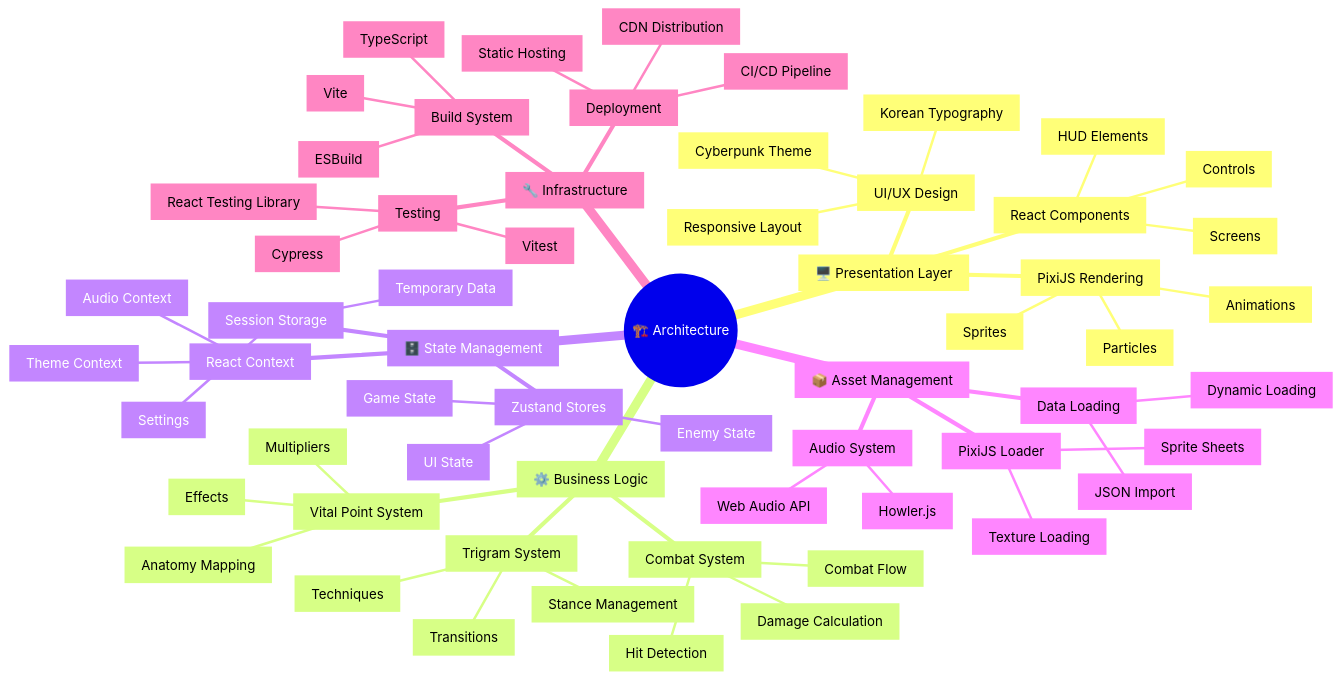
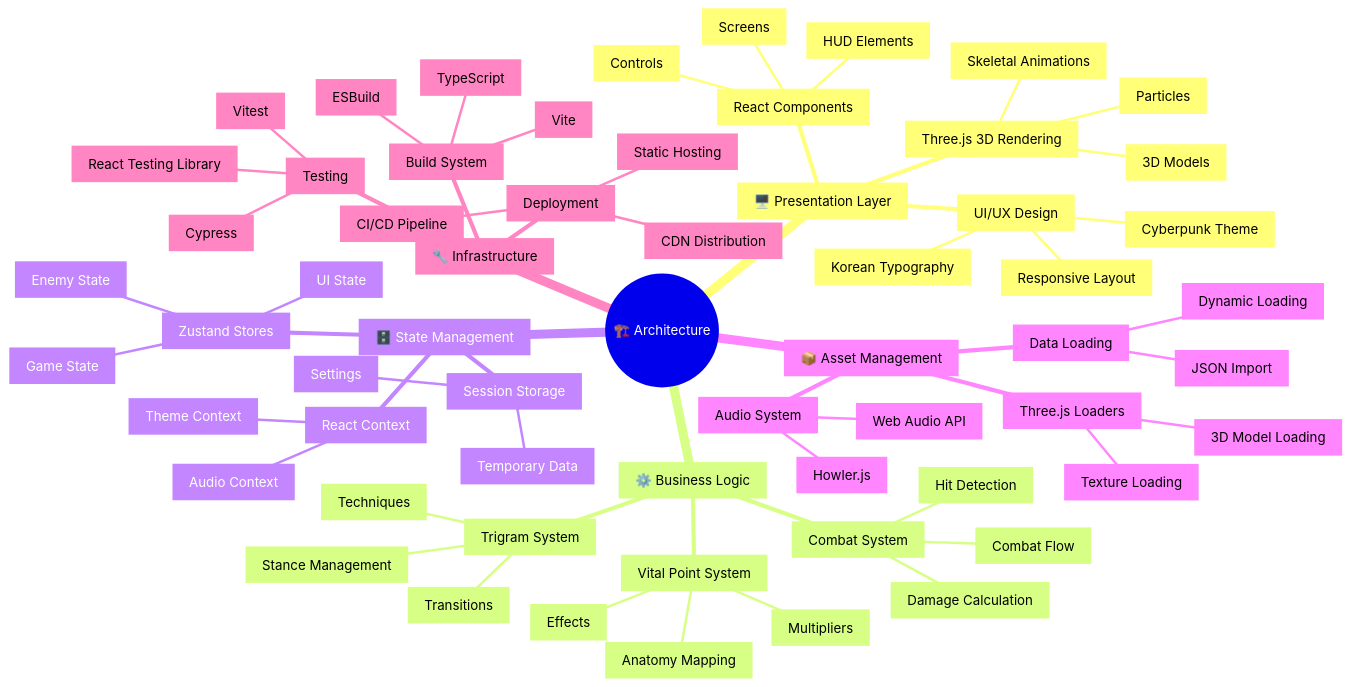
Diagram 13 of 22 in ARCHITECTURE.md (Hack23/blacktrigram), drawn with Mermaid before and after one commit. The commit also changed other lines of this file and 7 other files, not shown here.

Commit message:
docs: Remove outdated PixiJS/2D references, update to Three.js 3D

````diff
--- a/ARCHITECTURE.md
+++ b/ARCHITECTURE.md
@@ -1825,68 +1820,68 @@
 ```mermaid
 mindmap
   root((🏗️ Architecture))
     id1[🖥️ Presentation Layer]
       id1.1[React Components]
         id1.1.1[Screens]
         id1.1.2[HUD Elements]
         id1.1.3[Controls]
-      id1.2[PixiJS Rendering]
-        id1.2.1[Sprites]
+      id1.2[Three.js 3D Rendering]
+        id1.2.1[3D Models]
         id1.2.2[Particles]
-        id1.2.3[Animations]
+        id1.2.3[Skeletal Animations]
       id1.3[UI/UX Design]
         id1.3.1[Korean Typography]
         id1.3.2[Cyberpunk Theme]
         id1.3.3[Responsive Layout]
 
     id2[⚙️ Business Logic]
       id2.1[Combat System]
         id2.1.1[Damage Calculation]
         id2.1.2[Hit Detection]
         id2.1.3[Combat Flow]
       id2.2[Trigram System]
         id2.2.1[Stance Management]
         id2.2.2[Transitions]
         id2.2.3[Techniques]
       id2.3[Vital Point System]
         id2.3.1[Anatomy Mapping]
         id2.3.2[Multipliers]
         id2.3.3[Effects]
 
     id3[🗄️ State Management]
       id3.1[Zustand Stores]
         id3.1.1[Game State]
         id3.1.2[UI State]
         id3.1.3[Enemy State]
       id3.2[React Context]
         id3.2.1[Audio Context]
         id3.2.2[Theme Context]
       id3.3[Session Storage]
         id3.3.1[Temporary Data]
         id3.3.2[Settings]
 
     id4[📦 Asset Management]
-      id4.1[PixiJS Loader]
+      id4.1[Three.js Loaders]
         id4.1.1[Texture Loading]
-        id4.1.2[Sprite Sheets]
+        id4.1.2[3D Model Loading]
       id4.2[Audio System]
         id4.2.1[Howler.js]
         id4.2.2[Web Audio API]
       id4.3[Data Loading]
         id4.3.1[JSON Import]
         id4.3.2[Dynamic Loading]
 
     id5[🔧 Infrastructure]
       id5.1[Build System]
         id5.1.1[Vite]
         id5.1.2[TypeScript]
         id5.1.3[ESBuild]
       id5.2[Testing]
         id5.2.1[Vitest]
         id5.2.2[React Testing Library]
         id5.2.3[Cypress]
       id5.3[Deployment]
         id5.3.1[Static Hosting]
         id5.3.2[CDN Distribution]
         id5.3.3[CI/CD Pipeline]
 ```
````
